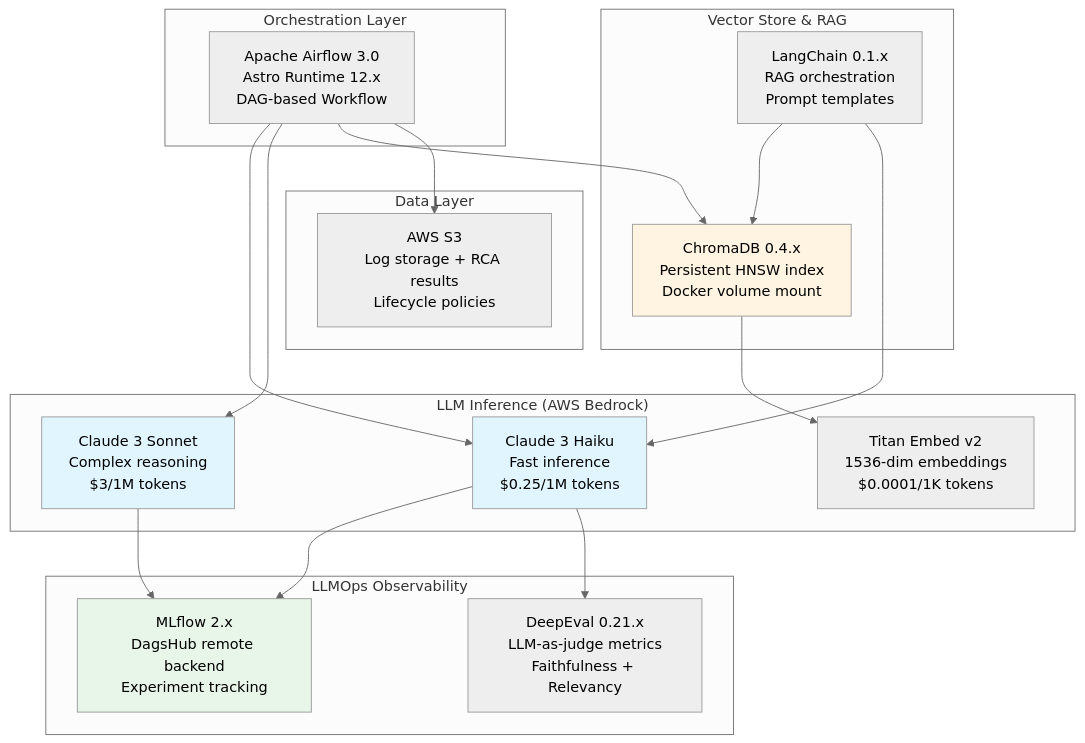
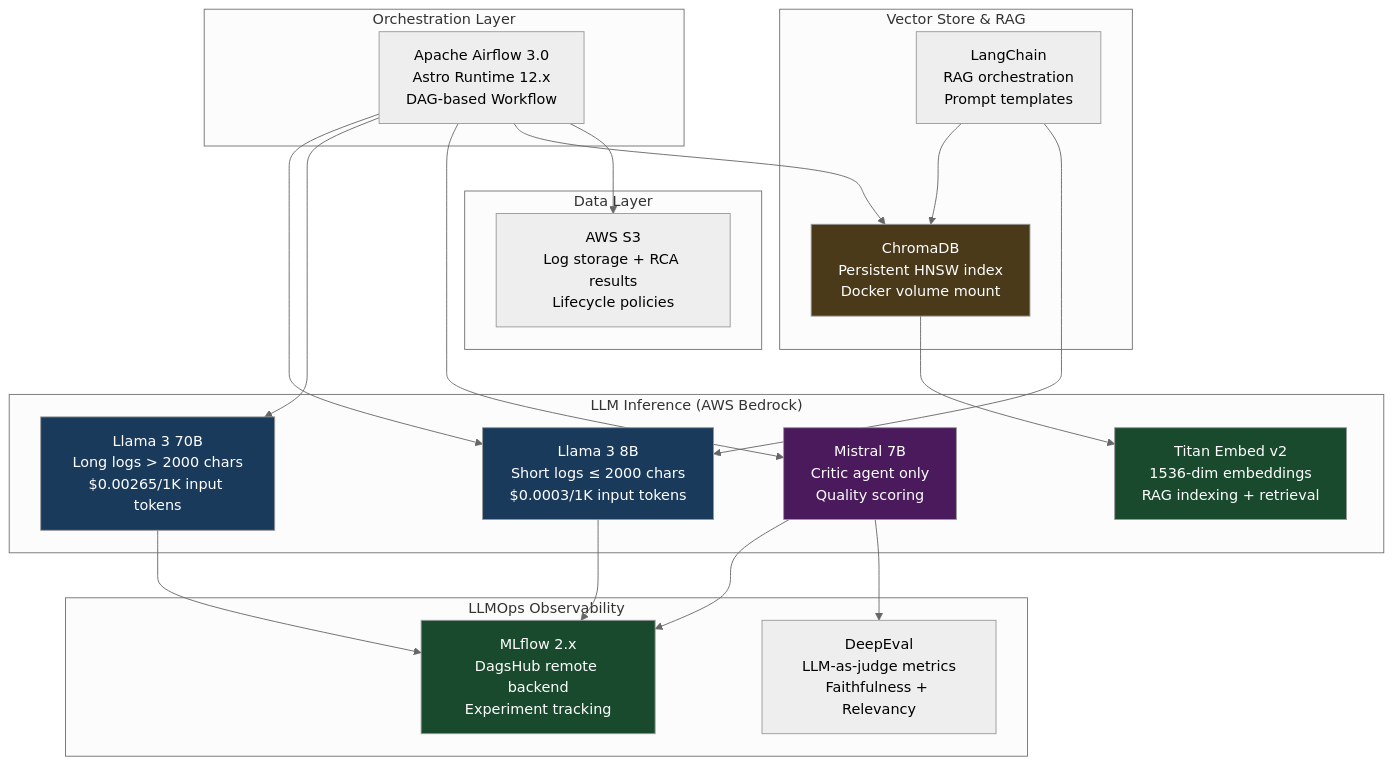
Before and after one commit to nasim-raj-laskar/InfraMind: the fourth of 16 diagrams in README.md, drawn with Mermaid (neutral theme). The commit also changed other lines of this file and 1 other file, not shown here.

````diff
--- a/README.md
+++ b/README.md
@@ -168,42 +168,47 @@
 ```mermaid
 graph TB
     subgraph "Orchestration Layer"
         AIRFLOW["Apache Airflow 3.0<br/>Astro Runtime 12.x<br/>DAG-based Workflow"]
     end
     
     subgraph "LLM Inference (AWS Bedrock)"
-        HAIKU["Claude 3 Haiku<br/>Fast inference<br/>$0.25/1M tokens"]
-        SONNET["Claude 3 Sonnet<br/>Complex reasoning<br/>$3/1M tokens"]
-        TITAN["Titan Embed v2<br/>1536-dim embeddings<br/>$0.0001/1K tokens"]
+        LLAMA8["Llama 3 8B<br/>Short logs ≤ 2000 chars<br/>$0.0003/1K input tokens"]
+        LLAMA70["Llama 3 70B<br/>Long logs > 2000 chars<br/>$0.00265/1K input tokens"]
+        MISTRAL["Mistral 7B<br/>Critic agent only<br/>Quality scoring"]
+        TITAN["Titan Embed v2<br/>1536-dim embeddings<br/>RAG indexing + retrieval"]
     end
     
     subgraph "Vector Store & RAG"
-        CHROMA["ChromaDB 0.4.x<br/>Persistent HNSW index<br/>Docker volume mount"]
-        LANGCHAIN["LangChain 0.1.x<br/>RAG orchestration<br/>Prompt templates"]
+        CHROMA["ChromaDB<br/>Persistent HNSW index<br/>Docker volume mount"]
+        LANGCHAIN["LangChain<br/>RAG orchestration<br/>Prompt templates"]
     end
     
     subgraph "LLMOps Observability"
         MLFLOW["MLflow 2.x<br/>DagsHub remote backend<br/>Experiment tracking"]
-        DEEPEVAL["DeepEval 0.21.x<br/>LLM-as-judge metrics<br/>Faithfulness + Relevancy"]
+        DEEPEVAL["DeepEval<br/>LLM-as-judge metrics<br/>Faithfulness + Relevancy"]
     end
     
     subgraph "Data Layer"
         S3["AWS S3<br/>Log storage + RCA results<br/>Lifecycle policies"]
     end
     
-    AIRFLOW --> HAIKU
-    AIRFLOW --> SONNET
+    AIRFLOW --> LLAMA8
+    AIRFLOW --> LLAMA70
+    AIRFLOW --> MISTRAL
     AIRFLOW --> CHROMA
     CHROMA --> TITAN
     LANGCHAIN --> CHROMA
-    LANGCHAIN --> HAIKU
-    HAIKU --> MLFLOW
-    SONNET --> MLFLOW
-    HAIKU --> DEEPEVAL
+    LANGCHAIN --> LLAMA8
+    LLAMA8 --> MLFLOW
+    LLAMA70 --> MLFLOW
+    MISTRAL --> MLFLOW
+    MISTRAL --> DEEPEVAL
     AIRFLOW --> S3
     
-    style HAIKU fill:#e1f5ff
-    style SONNET fill:#e1f5ff
-    style MLFLOW fill:#e8f5e9
-    style CHROMA fill:#fff4e1
+    style LLAMA8 fill:#1a3a5c,color:#fff
+    style LLAMA70 fill:#1a3a5c,color:#fff
+    style MISTRAL fill:#4a1a5c,color:#fff
+    style TITAN fill:#1a4a2e,color:#fff
+    style MLFLOW fill:#1a4a2e,color:#fff
+    style CHROMA fill:#4a3a1a,color:#fff
 ```
````
